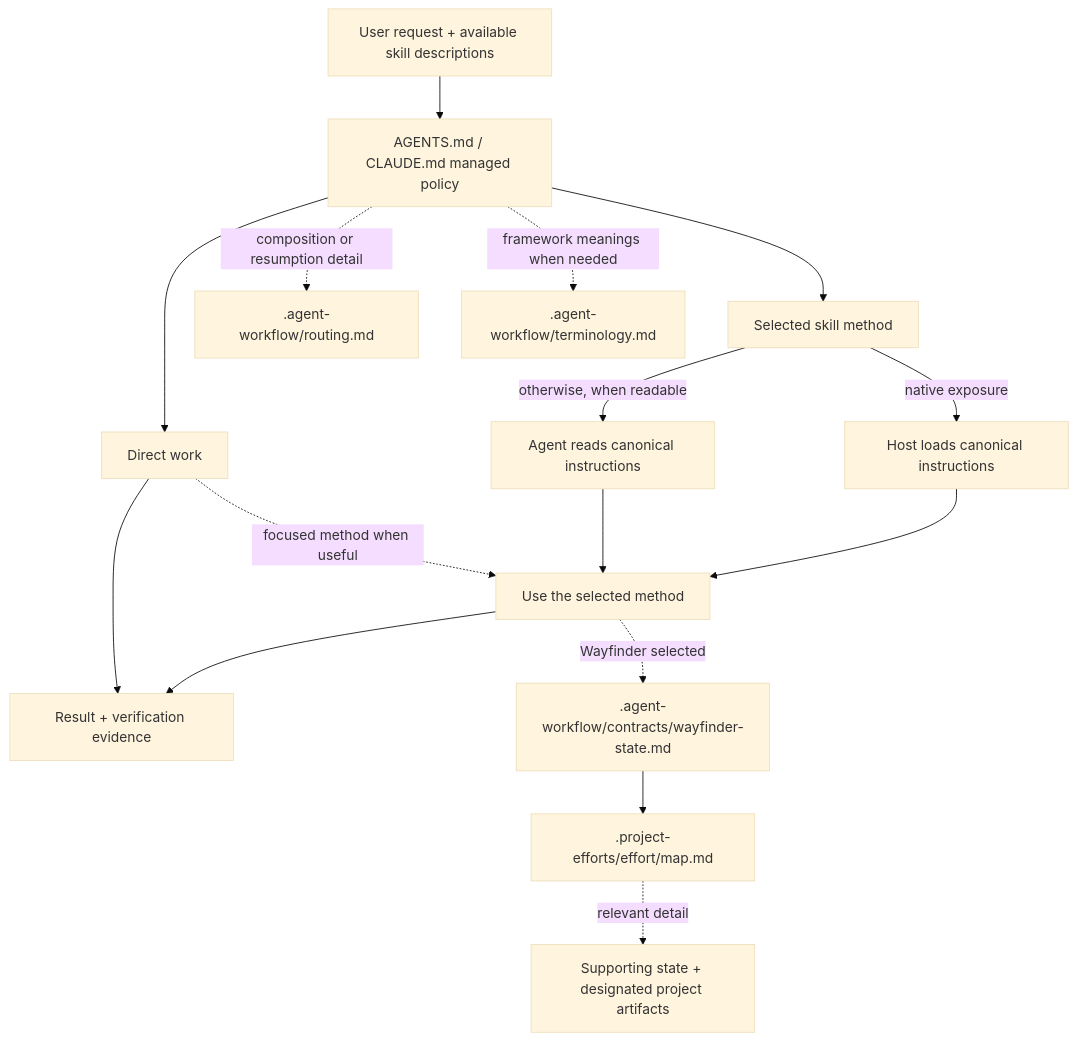
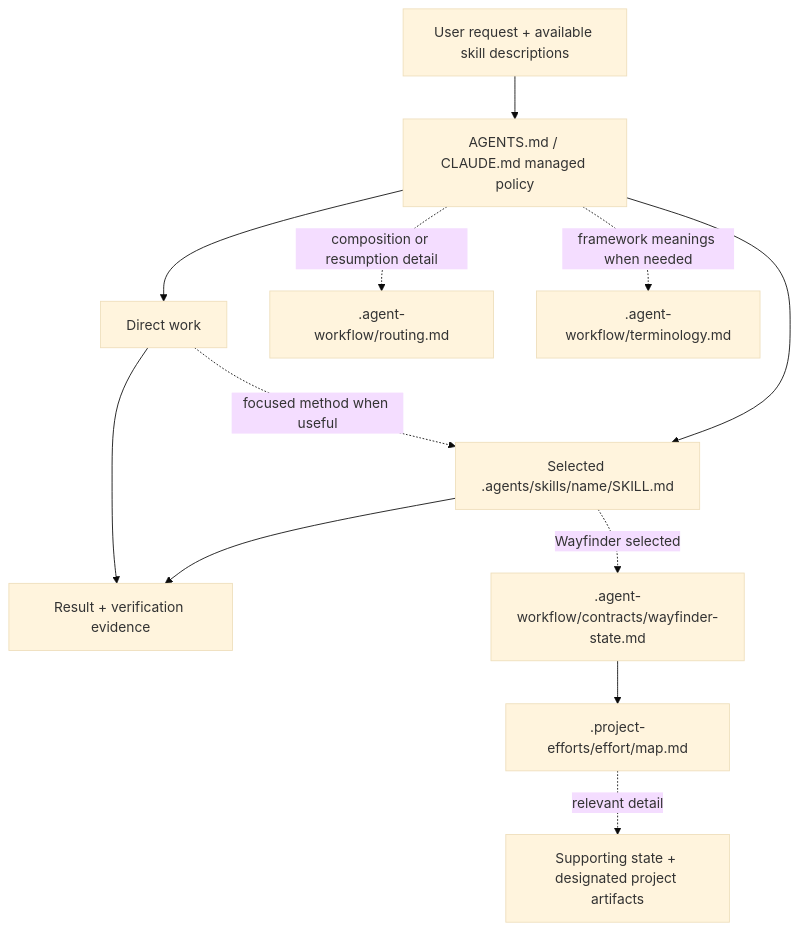
The diagram in docs/architecture.md (jimmfan/agentic-workflow), drawn with Mermaid (base theme) before and after one commit. The commit also changed other lines of this file and 8 other files, not shown here.

````diff
--- a/docs/architecture.md
+++ b/docs/architecture.md
@@ -11,18 +11,14 @@
 ```mermaid
 flowchart TD
     request["User request + available skill descriptions"] --> root["AGENTS.md / CLAUDE.md managed policy"]
     root --> direct["Direct work"]
-    root --> selected["Selected skill method"]
-    selected -->|native exposure| native["Host loads canonical instructions"]
-    selected -->|otherwise, when readable| repository["Agent reads canonical instructions"]
-    native --> method["Use the selected method"]
-    repository --> method
+    root --> method["Selected .agents/skills/name/SKILL.md"]
     direct -. focused method when useful .-> method
     root -. composition or resumption detail .-> routing[".agent-workflow/routing.md"]
     root -. framework meanings when needed .-> terms[".agent-workflow/terminology.md"]
     method --> result["Result + verification evidence"]
     direct --> result
     method -. Wayfinder selected .-> contract[".agent-workflow/contracts/wayfinder-state.md"]
     contract --> map[".project-efforts/effort/map.md"]
     map -. relevant detail .-> artifacts["Supporting state + designated project artifacts"]
 ```
````
